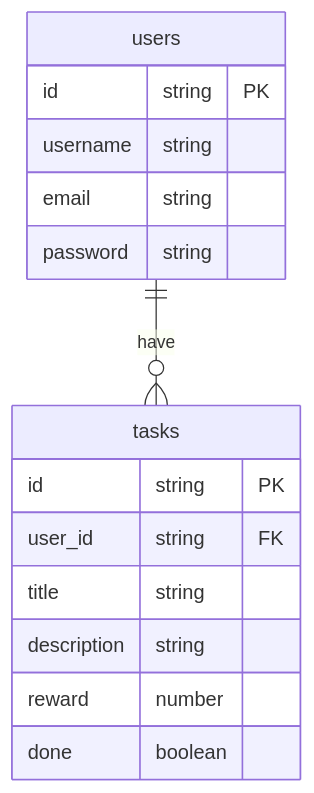
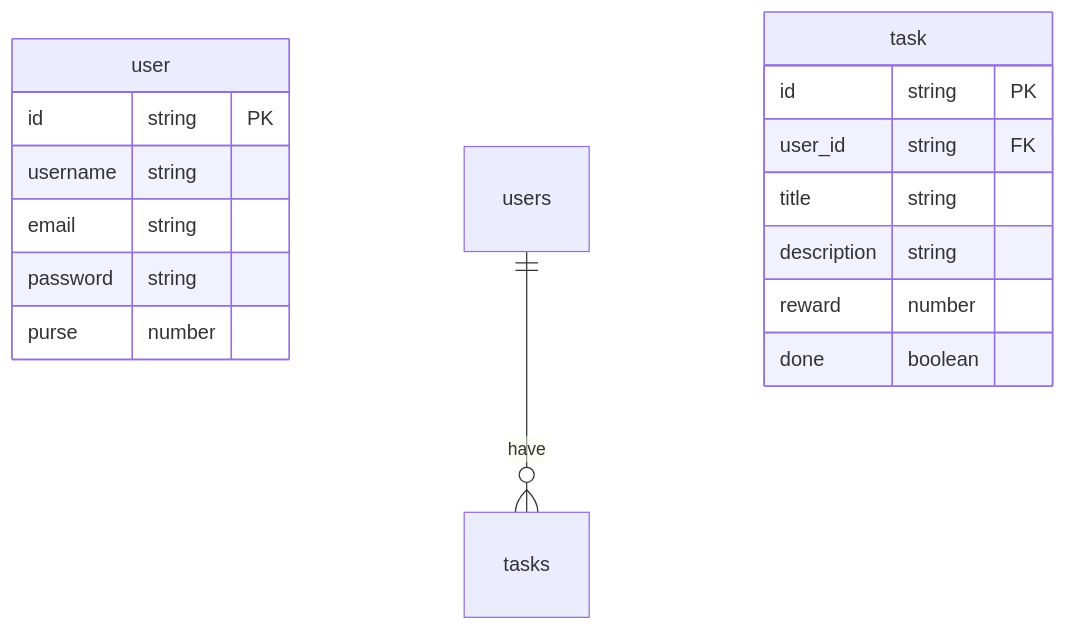
Before and after one commit to leo-d-a/gamify-website: the diagram in README.md, drawn with Mermaid. The commit also changed other lines of this file, not shown here.

Commit message:
[DOC] --  Remove plurality of tables and purse attribute added to user in DB schema on ReadMe

````diff
--- a/README.md
+++ b/README.md
@@ -9,20 +12,21 @@
 ```mermaid
 erDiagram
 
-users {
+user {
   id string PK
   username string
   email string
   password string
+  purse number
 }
 users ||--o{ tasks: have
 
-tasks {
+task {
   id string PK
   user_id string FK
   title string
-  description string 
+  description string
   reward number
   done boolean
 }
 ```
````
